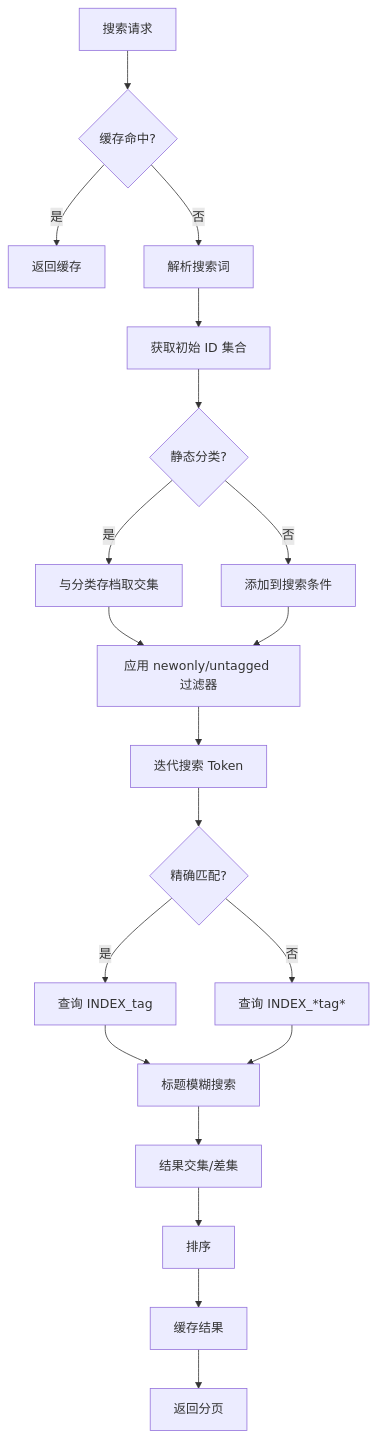
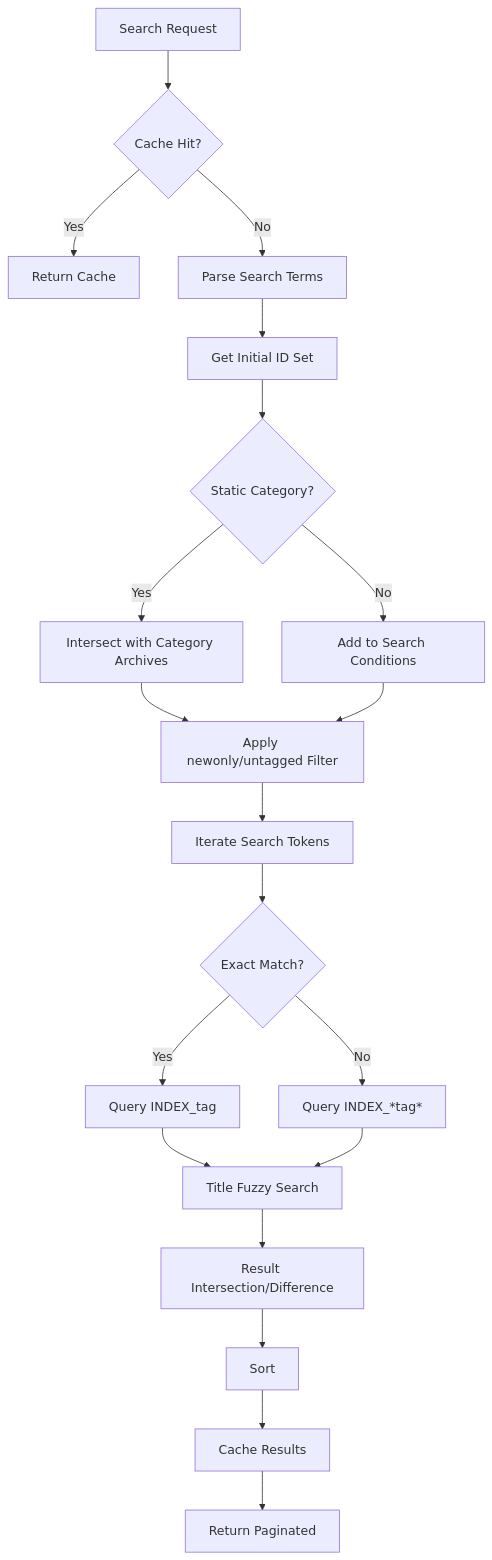
Before and after one commit to OborozukiNoYume/LANraragi: the first of 3 diagrams in docs/zh-CN/06_models.md, drawn with Mermaid. The commit also changed other lines of this file and 7 other files, not shown here.

````diff
--- a/docs/zh-CN/06_models.md
+++ b/docs/zh-CN/06_models.md
@@ -63,22 +63,22 @@
 ```mermaid
 flowchart TD
-    A[搜索请求] --> B{缓存命中?}
-    B -->|是| C[返回缓存]
-    B -->|否| D[解析搜索词]
-    D --> E[获取初始 ID 集合]
-    E --> F{静态分类?}
-    F -->|是| G[与分类存档取交集]
-    F -->|否| H[添加到搜索条件]
-    G --> I[应用 newonly/untagged 过滤器]
+    A[Search Request] --> B{Cache Hit?}
+    B -->|Yes| C[Return Cache]
+    B -->|No| D[Parse Search Terms]
+    D --> E[Get Initial ID Set]
+    E --> F{Static Category?}
+    F -->|Yes| G[Intersect with Category Archives]
+    F -->|No| H[Add to Search Conditions]
+    G --> I[Apply newonly/untagged Filter]
     H --> I
-    I --> J[迭代搜索 Token]
-    J --> K{精确匹配?}
-    K -->|是| L[查询 INDEX_tag]
-    K -->|否| M[查询 INDEX_*tag*]
-    L --> N[标题模糊搜索]
+    I --> J[Iterate Search Tokens]
+    J --> K{Exact Match?}
+    K -->|Yes| L[Query INDEX_tag]
+    K -->|No| M[Query INDEX_*tag*]
+    L --> N[Title Fuzzy Search]
     M --> N
-    N --> O[结果交集/差集]
-    O --> P[排序]
-    P --> Q[缓存结果]
-    Q --> R[返回分页]
+    N --> O[Result Intersection/Difference]
+    O --> P[Sort]
+    P --> Q[Cache Results]
+    Q --> R[Return Paginated]
 ```
````
